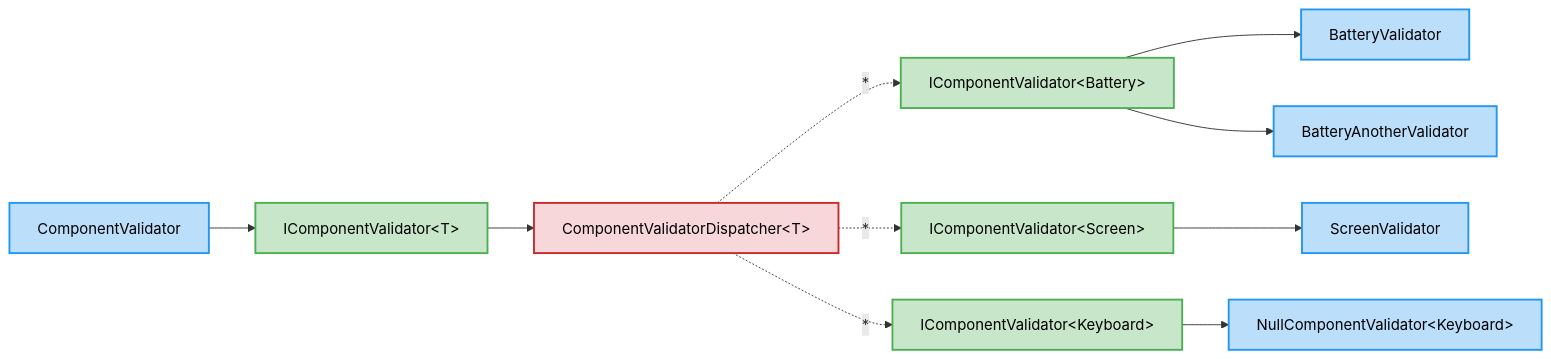
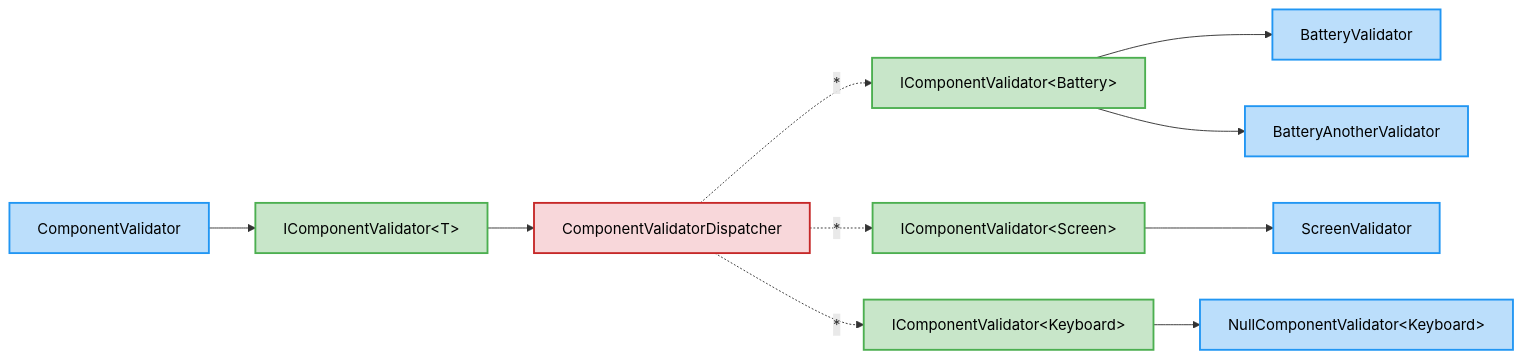
One commit to arika0093/Qudi changed the tenth of 10 diagrams in README.md. Above: the diagram before and after it, drawn with Mermaid. The commit also changed other lines of this file, not shown here.

````diff
--- a/README.md
+++ b/README.md
@@ -1738,38 +1789,38 @@
 ```mermaid
 flowchart LR
     IComponentValidator_T_["IComponentValidator#lt;T#gt;"]
     BatteryValidator["BatteryValidator"]
     IComponentValidator_Battery_["IComponentValidator#lt;Battery#gt;"]
     BatteryAnotherValidator["BatteryAnotherValidator"]
     ScreenValidator["ScreenValidator"]
     IComponentValidator_Screen_["IComponentValidator#lt;Screen#gt;"]
     ComponentValidator["ComponentValidator"]
-    ComponentValidatorDispatcher_T_["ComponentValidatorDispatcher#lt;T#gt;"]
+    ComponentValidatorDispatcher["ComponentValidatorDispatcher"]
     IComponentValidator_Keyboard_["IComponentValidator#lt;Keyboard#gt;"] 
     NullComponentValidator_Keyboard_["NullComponentValidator#lt;Keyboard#gt;"]
     ComponentValidator --> IComponentValidator_T_
     IComponentValidator_Battery_ --> BatteryValidator
     IComponentValidator_Battery_ --> BatteryAnotherValidator
     IComponentValidator_Screen_ --> ScreenValidator
-    IComponentValidator_T_ --> ComponentValidatorDispatcher_T_
-    ComponentValidatorDispatcher_T_ -.->|"*"| IComponentValidator_Battery_
-    ComponentValidatorDispatcher_T_ -.->|"*"| IComponentValidator_Screen_
-    ComponentValidatorDispatcher_T_ -.->|"*"| IComponentValidator_Keyboard_
+    IComponentValidator_T_ --> ComponentValidatorDispatcher
+    ComponentValidatorDispatcher -.->|"*"| IComponentValidator_Battery_
+    ComponentValidatorDispatcher -.->|"*"| IComponentValidator_Screen_
+    ComponentValidatorDispatcher -.->|"*"| IComponentValidator_Keyboard_
     IComponentValidator_Keyboard_ --> NullComponentValidator_Keyboard_
     classDef interface fill:#c8e6c9,stroke:#4caf50,stroke-width:2px,color:#000;
     class IComponentValidator_T_ interface;
     class IComponentValidator_Battery_ interface;
     class IComponentValidator_Screen_ interface;
     class IComponentValidator_Keyboard_ interface;
     classDef cls fill:#bbdefb,stroke:#2196f3,stroke-width:2px,color:#000;
     class NullComponentValidator_T_ cls;
     class BatteryValidator cls;
     class BatteryAnotherValidator cls;
     class ScreenValidator cls;
     class ComponentValidator cls;
     class NullComponentValidator_Keyboard_ cls;
     class ComponentValidatorDispatcher_Keyboard_ cls;
     classDef composite fill:#f8d7da,stroke:#c62828,stroke-width:2px,color:#000;
-    class ComponentValidatorDispatcher_T_ composite;
+    class ComponentValidatorDispatcher composite;
 
 ```
````
